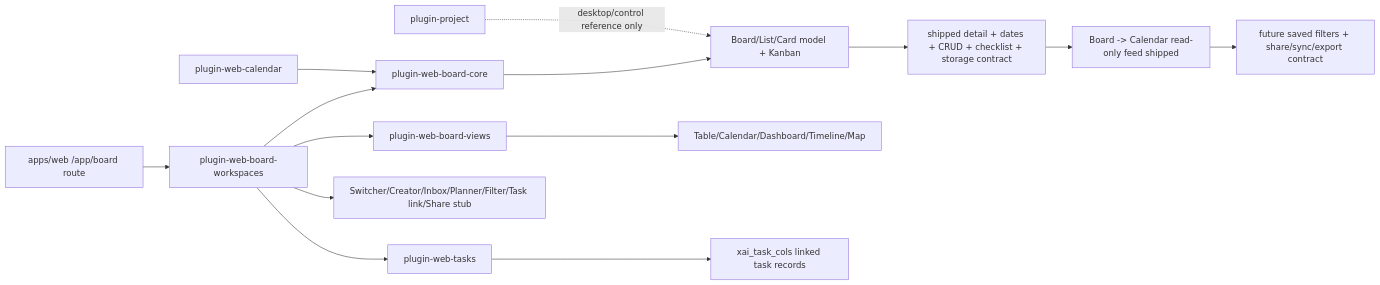
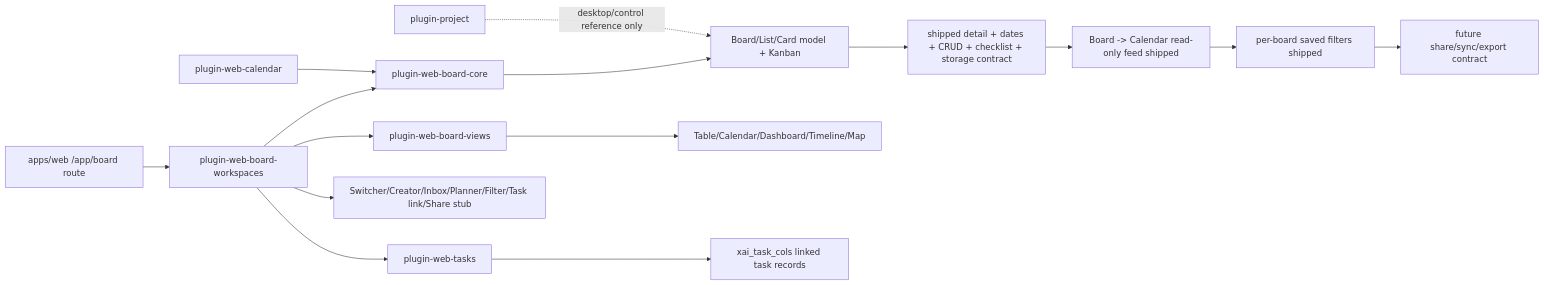
The diagram in docs/SYSTEM_ARCHITECTURE.md (jinlong17/XAI_Desktop), drawn with Mermaid before and after one commit. The commit also changed other lines of this file and 4 other files, not shown here.

Commit message:
docs(web-board-saved-filters): mark shipped

````diff
--- a/docs/SYSTEM_ARCHITECTURE.md
+++ b/docs/SYSTEM_ARCHITECTURE.md
@@ -186,16 +186,17 @@
 ```mermaid
 flowchart LR
   A["apps/web /app/board route"] --> B["plugin-web-board-workspaces"]
   B --> C["plugin-web-board-core"]
   B --> D["plugin-web-board-views"]
   B --> K["plugin-web-tasks"]
   M["plugin-web-calendar"] --> C
   C --> E["Board/List/Card model + Kanban"]
   D --> F["Table/Calendar/Dashboard/Timeline/Map"]
   B --> G["Switcher/Creator/Inbox/Planner/Filter/Task link/Share stub"]
   K --> L["xai_task_cols linked task records"]
   H["plugin-project"] -. "desktop/control reference only" .-> E
   E --> I["shipped detail + dates + CRUD + checklist + storage contract"]
   I --> J["Board -> Calendar read-only feed shipped"]
-  J --> N["future saved filters + share/sync/export contract"]
+  J --> N["per-board saved filters shipped"]
+  N --> O["future share/sync/export contract"]
 ```
````
